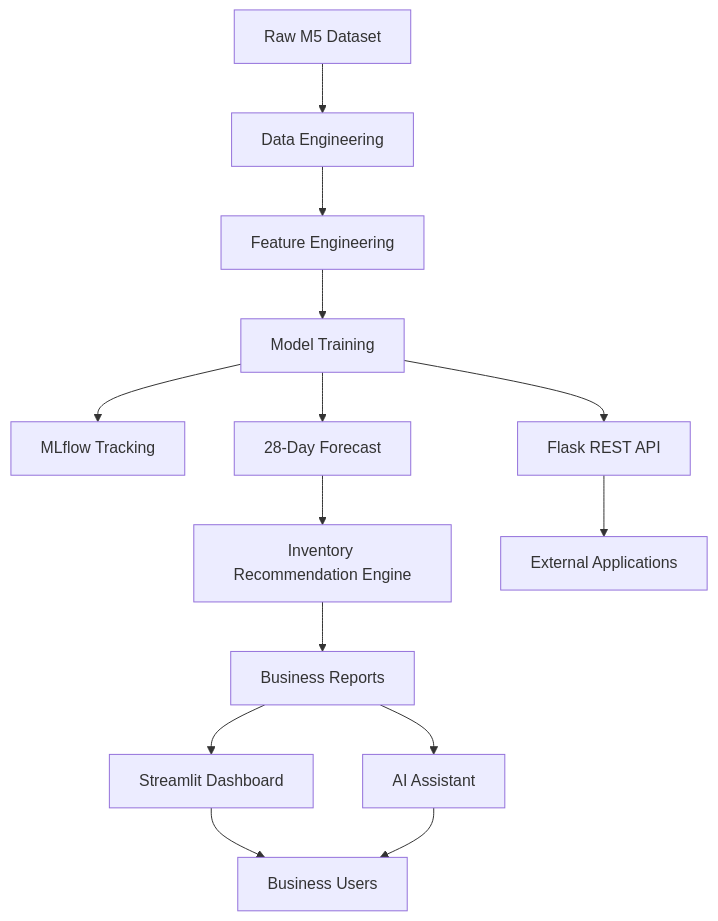
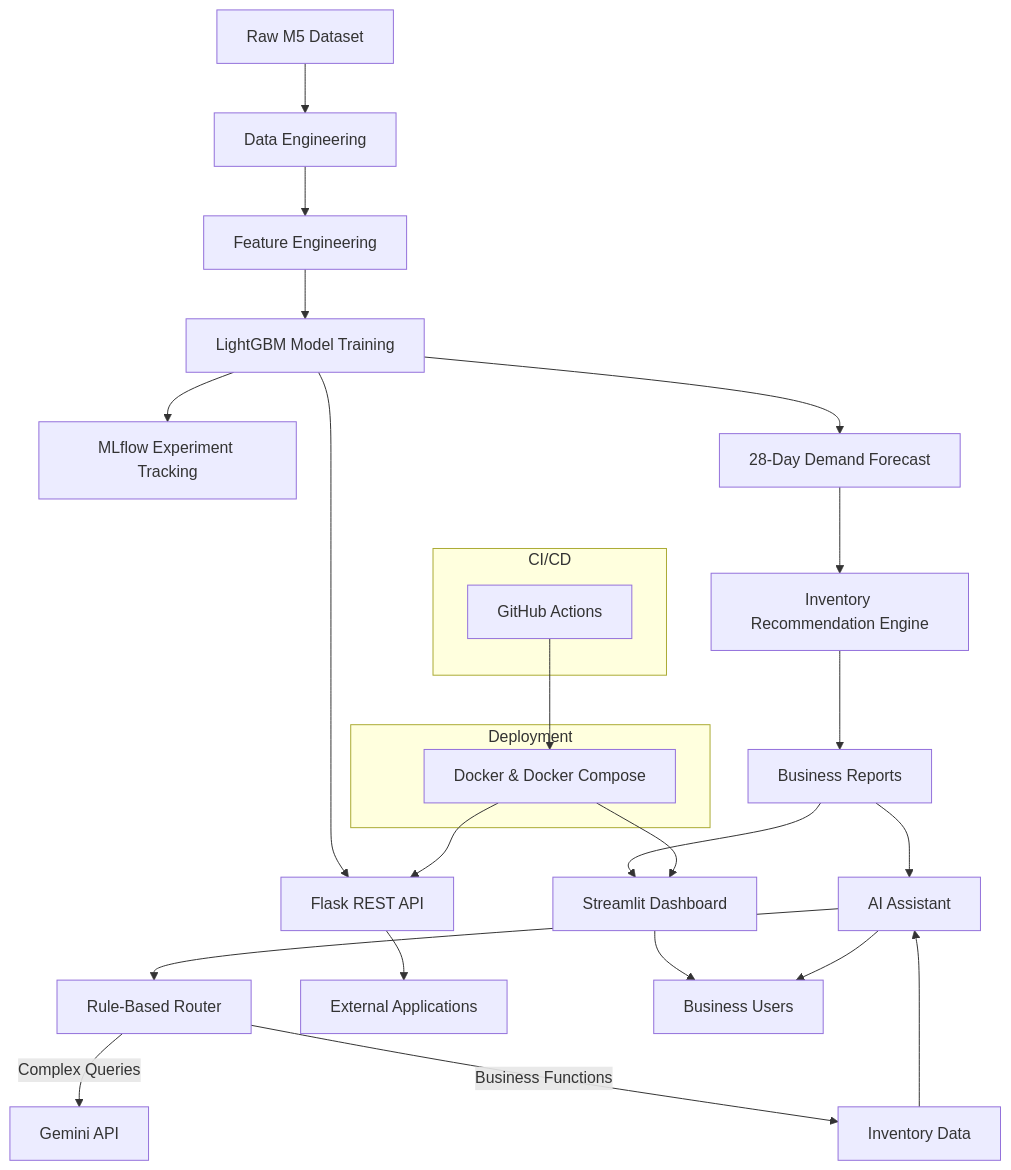
One commit to hanannazri/Intelligent-Forecasting-MLOps-Platform changed the first of 4 diagrams in README.md. Above: the diagram before and after it, drawn with Mermaid. The commit also changed other lines of this file, not shown here.

````diff
--- a/README.md
+++ b/README.md
@@ -130,29 +130,50 @@
 ```mermaid
 flowchart TD
 
 A[Raw M5 Dataset] --> B[Data Engineering]
 
 B --> C[Feature Engineering]
 
-C --> D[Model Training]
+C --> D[LightGBM Model Training]
 
-D --> E[MLflow Tracking]
+D --> E[MLflow Experiment Tracking]
 
-D --> F[28-Day Forecast]
+D --> F[28-Day Demand Forecast]
 
 F --> G[Inventory Recommendation Engine]
 
 G --> H[Business Reports]
 
 H --> I[Streamlit Dashboard]
 
 H --> J[AI Assistant]
 
-D --> K[Flask REST API]
+J --> N[Rule-Based Router]
 
-K --> L[External Applications]
+N -->|Complex Queries| O[Gemini API]
 
-I --> M[Business Users]
+N -->|Business Functions| P[Inventory Data]
 
-J --> M
+P --> J
+
+D --> Q[Flask REST API]
+
+Q --> R[External Applications]
+
+I --> S[Business Users]
+
+J --> S
+
+subgraph Deployment
+T[Docker & Docker Compose]
+end
+
+subgraph CI/CD
+U[GitHub Actions]
+end
+
+T --> I
+T --> Q
+
+U --> T
 ```
````
